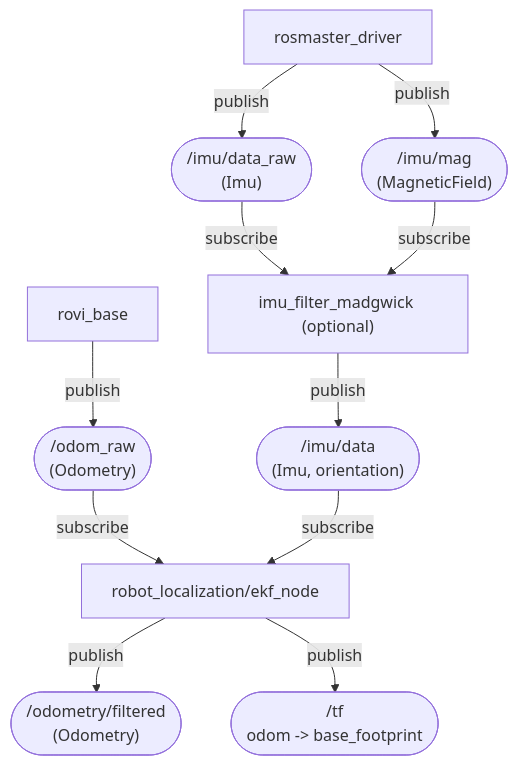
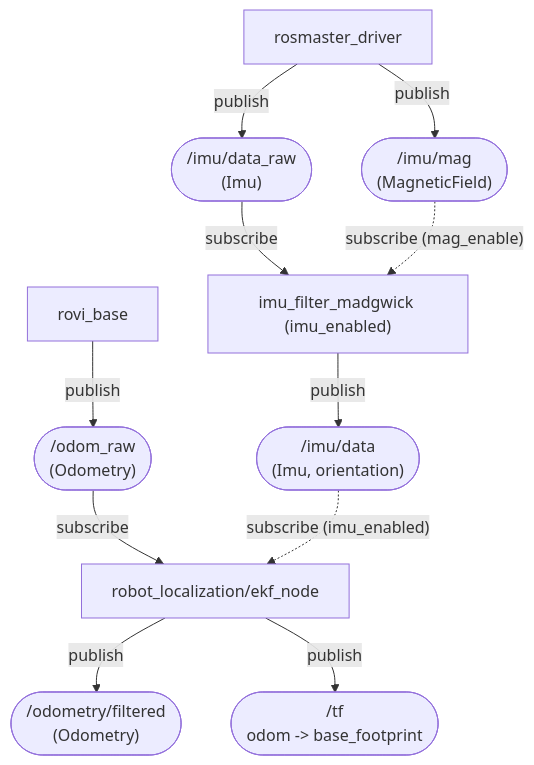
The third of 6 diagrams in README.md (Roblibs/rovi_ros_ws), drawn with Mermaid before and after one commit. The commit also changed other lines of this file, not shown here.

````diff
--- a/README.md
+++ b/README.md
@@ -186,19 +194,19 @@
 ```mermaid
 flowchart TD
   Rosmaster[rosmaster_driver] -->|publish| IMU_RAW(["/imu/data_raw<br/>(Imu)"])
   Rosmaster -->|publish| MAG(["/imu/mag<br/>(MagneticField)"])
   RoviBase[rovi_base] -->|publish| ODRAW(["/odom_raw<br/>(Odometry)"])
 
-  ImuFilter["imu_filter_madgwick (optional)"]
+  ImuFilter["imu_filter_madgwick (imu_enabled)"]
   IMU_RAW -->|subscribe| ImuFilter
-  MAG -->|subscribe| ImuFilter
+  MAG -.->|"subscribe (mag_enable)"| ImuFilter
   IMU(["/imu/data<br/>(Imu, orientation)"])
   ImuFilter -->|publish| IMU
 
   EKF["robot_localization/ekf_node"]
   ODRAW -->|subscribe| EKF
-  IMU -->|subscribe| EKF
+  IMU -.->|"subscribe (imu_enabled)"| EKF
   ODOMF(["/odometry/filtered<br/>(Odometry)"])
   EKF -->|publish| ODOMF
   EKF -->|publish| TF(["/tf<br/>odom -> base_footprint"])
 ```
````
